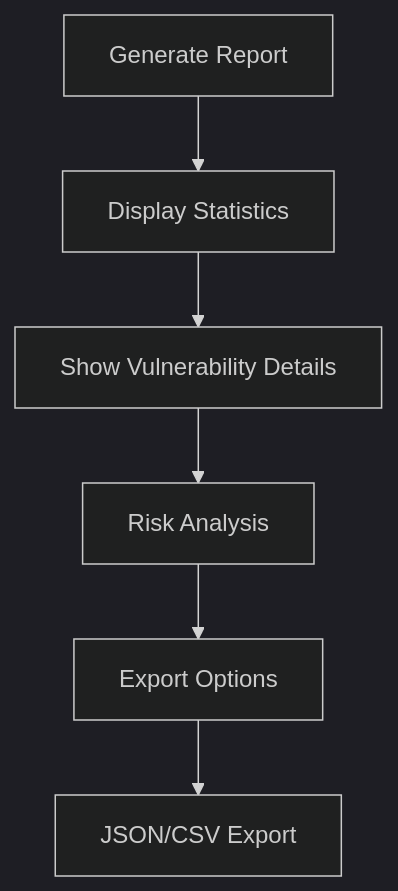
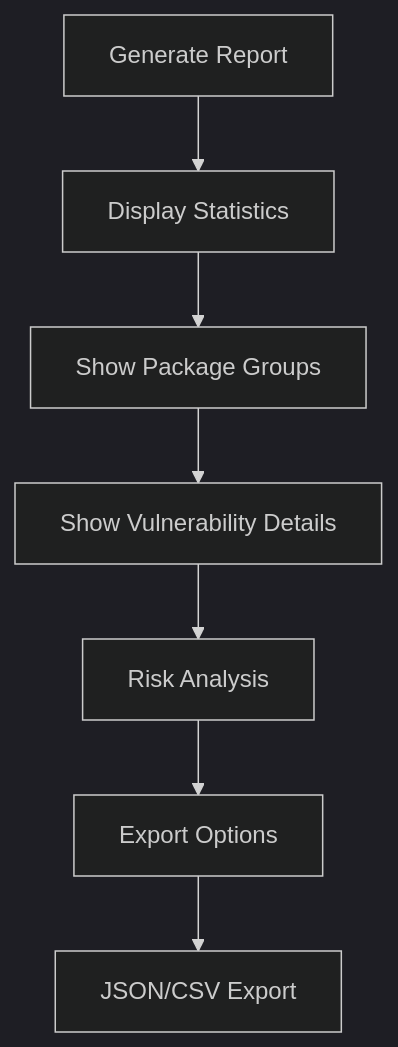
The fourth of 4 diagrams in README.md (Jhih-Ting23472002/CVES-NIST), drawn with Mermaid (dark theme) before and after one commit. The commit also changed other lines of this file and 9 other files, not shown here.

````diff
--- a/README.md
+++ b/README.md
@@ -451,8 +463,9 @@
 ```mermaid
 graph TD
     A[Generate Report] --> B[Display Statistics]
-    B --> C[Show Vulnerability Details]
-    C --> D[Risk Analysis]
-    D --> E[Export Options]
-    E --> F[JSON/CSV Export]
+    B --> C[Show Package Groups]
+    C --> D[Show Vulnerability Details]
+    D --> E[Risk Analysis]
+    E --> F[Export Options]
+    F --> G[JSON/CSV Export]
 ```
````
